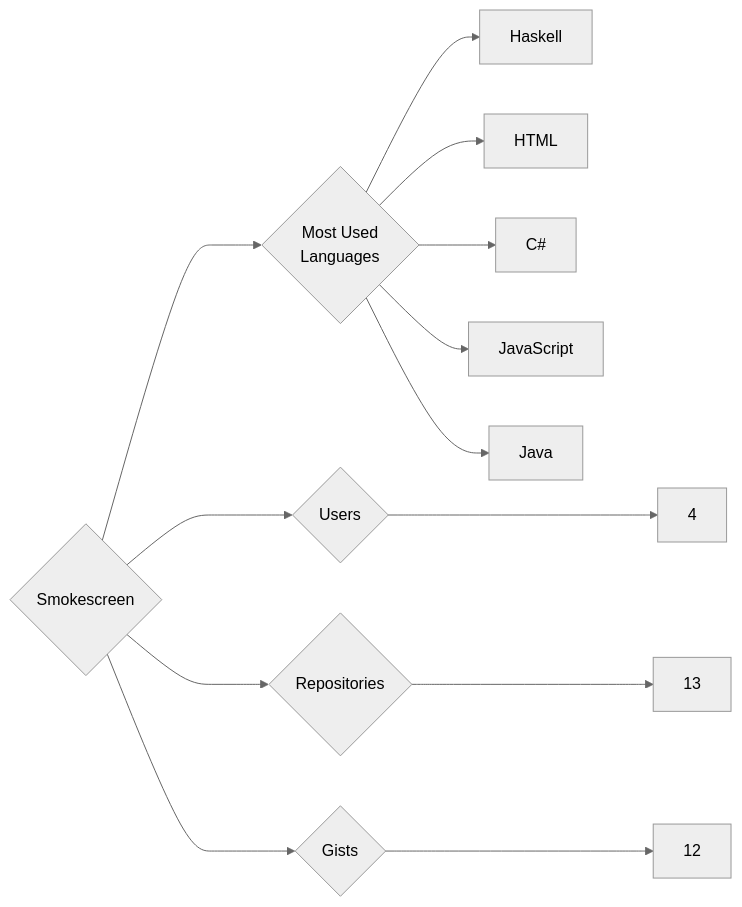
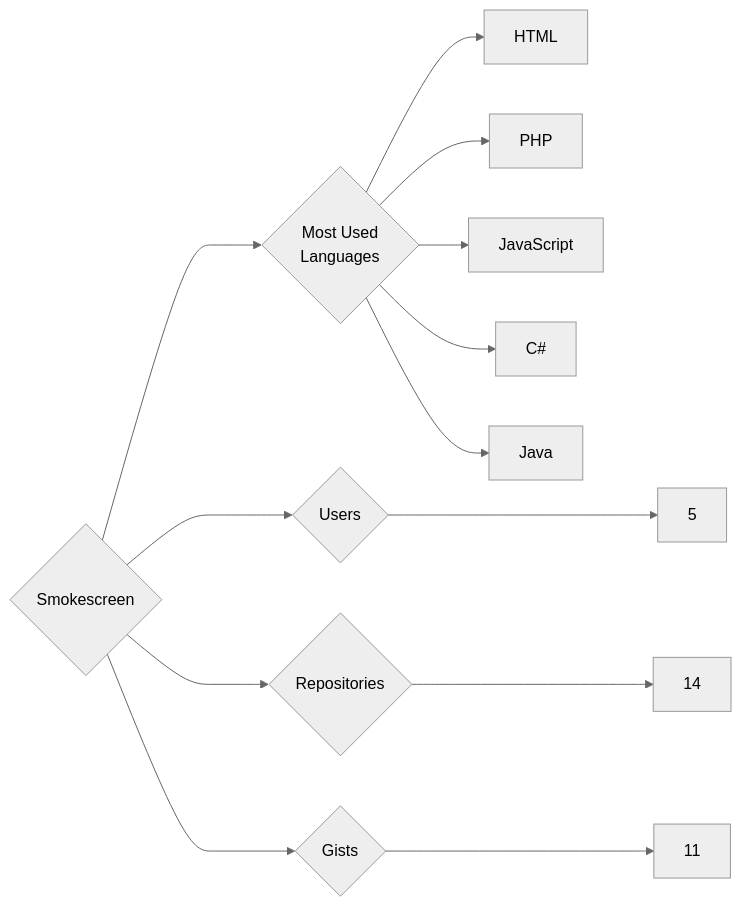
One commit to trickest/insiders changed the diagram in targets/Smokescreen/README.md. Above: the diagram before and after it, drawn with Mermaid (neutral theme). The commit also changed 948 other files, not shown here.

````diff
--- a/targets/Smokescreen/README.md
+++ b/targets/Smokescreen/README.md
@@ -3,13 +3,13 @@
 ```mermaid
 graph LR
 COMPANY_NAME{Smokescreen}
-COMPANY_NAME ---> U{Users} ---> UN[4]
-COMPANY_NAME ---> R{Repositories} ---> RN[13]
-COMPANY_NAME ---> G{Gists} ---> GN[12]
+COMPANY_NAME ---> U{Users} ---> UN[5]
+COMPANY_NAME ---> R{Repositories} ---> RN[14]
+COMPANY_NAME ---> G{Gists} ---> GN[11]
 COMPANY_NAME ---> ML{Most Used<br>Languages}
-ML --> Haskell[Haskell]
 ML --> HTML[HTML]
+ML --> PHP[PHP]
+ML --> JavaScript[JavaScript]
 ML --> C#[C#]
-ML --> JavaScript[JavaScript]
 ML --> Java[Java]
 ```
````
